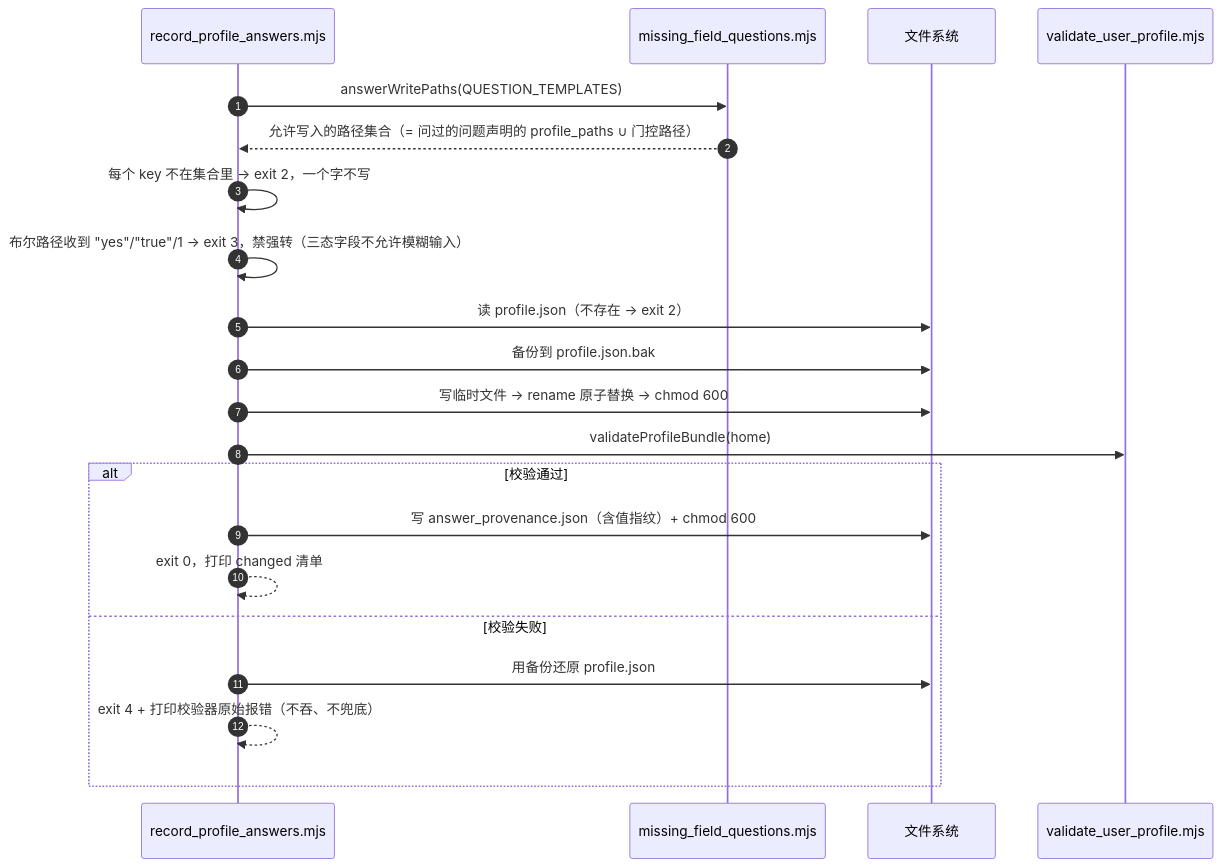
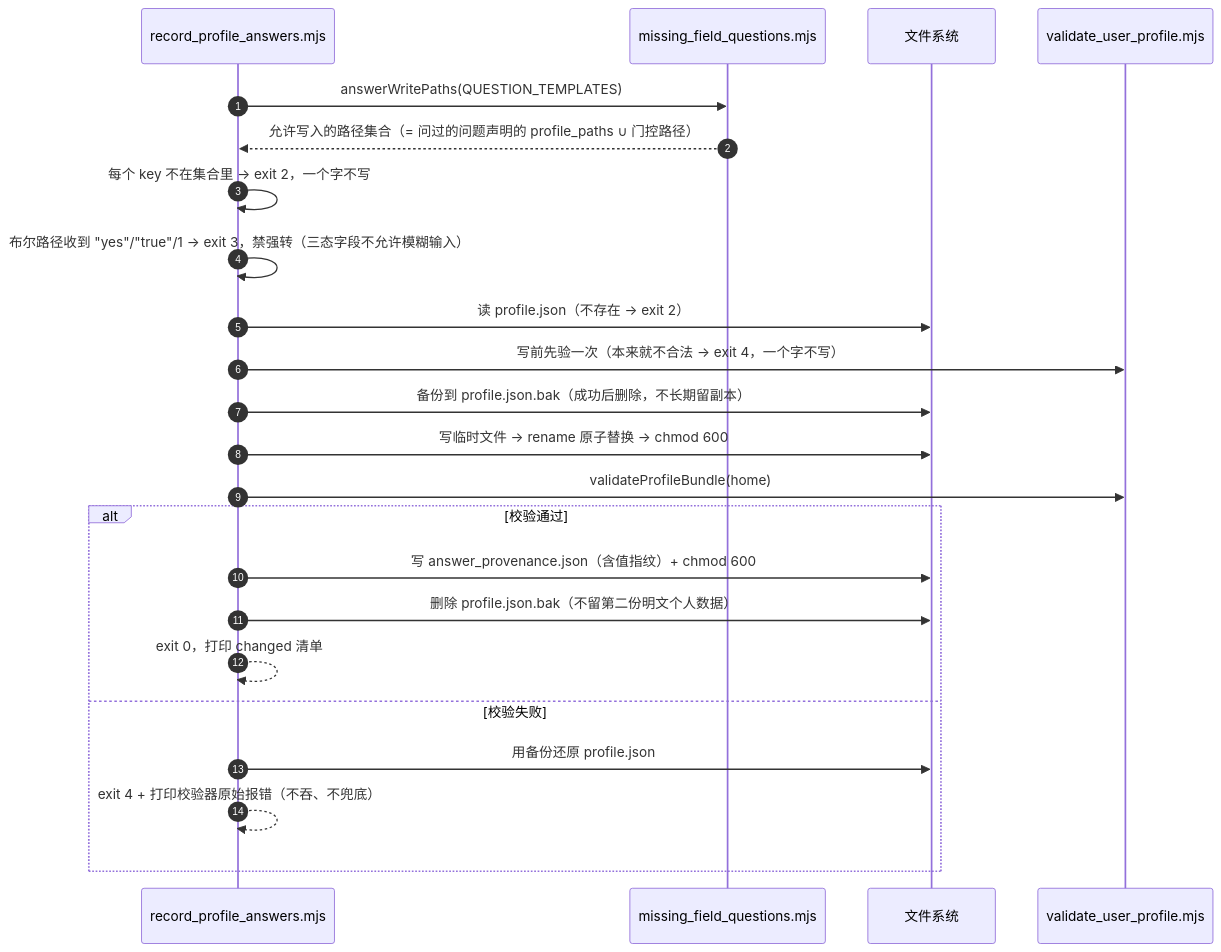
Before and after one commit to glin23/ats-skills: the fifth of 5 diagrams in docs/active/2026-07-23_product-blueprint_DESIGN.md, drawn with Mermaid. The commit also changed other lines of this file and 2 other files, not shown here.

````diff
--- a/docs/active/2026-07-23_product-blueprint_DESIGN.md
+++ b/docs/active/2026-07-23_product-blueprint_DESIGN.md
@@ -551,24 +654,26 @@
 ```mermaid
 sequenceDiagram
     autonumber
     participant CLI as record_profile_answers.mjs
     participant MFQ as missing_field_questions.mjs
     participant FS as 文件系统
     participant VAL as validate_user_profile.mjs
 
     CLI->>MFQ: answerWritePaths(QUESTION_TEMPLATES)
     MFQ-->>CLI: 允许写入的路径集合（= 问过的问题声明的 profile_paths ∪ 门控路径）
     CLI->>CLI: 每个 key 不在集合里 → exit 2，一个字不写
     CLI->>CLI: 布尔路径收到 "yes"/"true"/1 → exit 3，禁强转（三态字段不允许模糊输入）
     CLI->>FS: 读 profile.json（不存在 → exit 2）
-    CLI->>FS: 备份到 profile.json.bak
+    CLI->>VAL: 写前先验一次（本来就不合法 → exit 4，一个字不写）
+    CLI->>FS: 备份到 profile.json.bak（成功后删除，不长期留副本）
     CLI->>FS: 写临时文件 → rename 原子替换 → chmod 600
     CLI->>VAL: validateProfileBundle(home)
     alt 校验通过
         CLI->>FS: 写 answer_provenance.json（含值指纹）+ chmod 600
+        CLI->>FS: 删除 profile.json.bak（不留第二份明文个人数据）
         CLI-->>CLI: exit 0，打印 changed 清单
     else 校验失败
         CLI->>FS: 用备份还原 profile.json
         CLI-->>CLI: exit 4 + 打印校验器原始报错（不吞、不兜底）
     end
 ```
````
